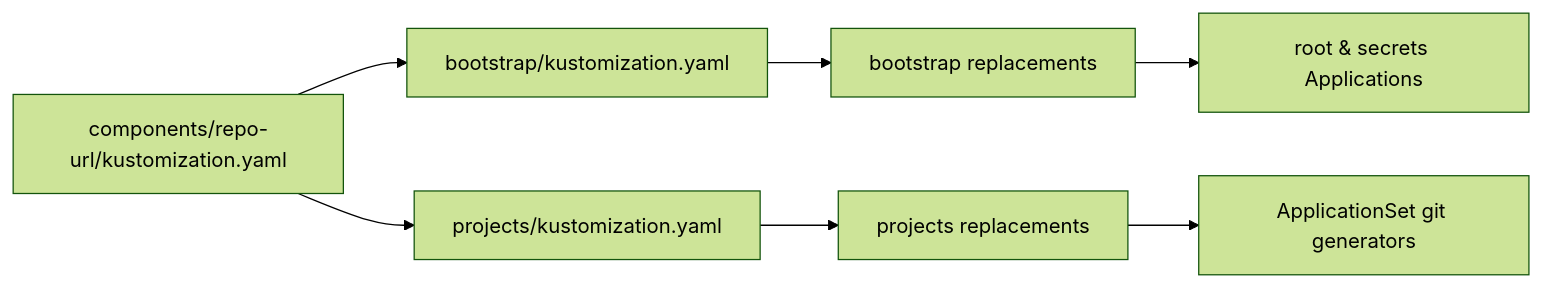
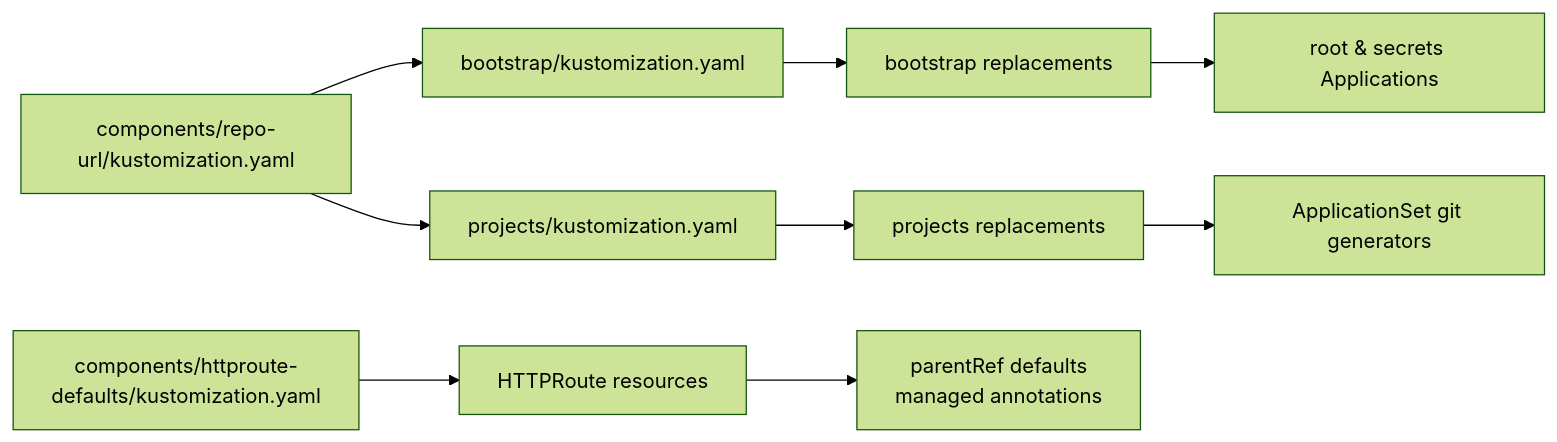
One commit to Hoangvu75/k8s_manifest changed the seventh of 8 diagrams in .qoder/repowiki/en/content/Architecture and Design/Component-Based Design Patterns.md. Above: the diagram before and after it, drawn with Mermaid (forest theme). The commit also changed other lines of this file and 5 other files, not shown here.

````diff
--- a/.qoder/repowiki/en/content/Architecture and Design/Component-Based Design Patterns.md
+++ b/.qoder/repowiki/en/content/Architecture and Design/Component-Based Design Patterns.md
@@ -207,9 +265,11 @@
 ```mermaid
 graph LR
 RepoURL["components/repo-url/kustomization.yaml"] --> BootstrapK["bootstrap/kustomization.yaml"]
 RepoURL --> ProjectsK["projects/kustomization.yaml"]
+HTTPDefaults["components/httproute-defaults/kustomization.yaml"] --> HTTPRouteResources["HTTPRoute resources"]
 BootstrapK --> ReplacementsB["bootstrap replacements"]
 ProjectsK --> ReplacementsP["projects replacements"]
+HTTPRouteResources --> DefaultsPatch["parentRef defaults<br/>managed annotations"]
 ReplacementsB --> TargetB["root & secrets Applications"]
 ReplacementsP --> TargetP["ApplicationSet git generators"]
 ```
````
